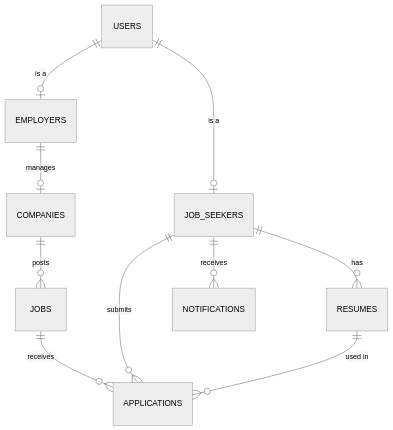
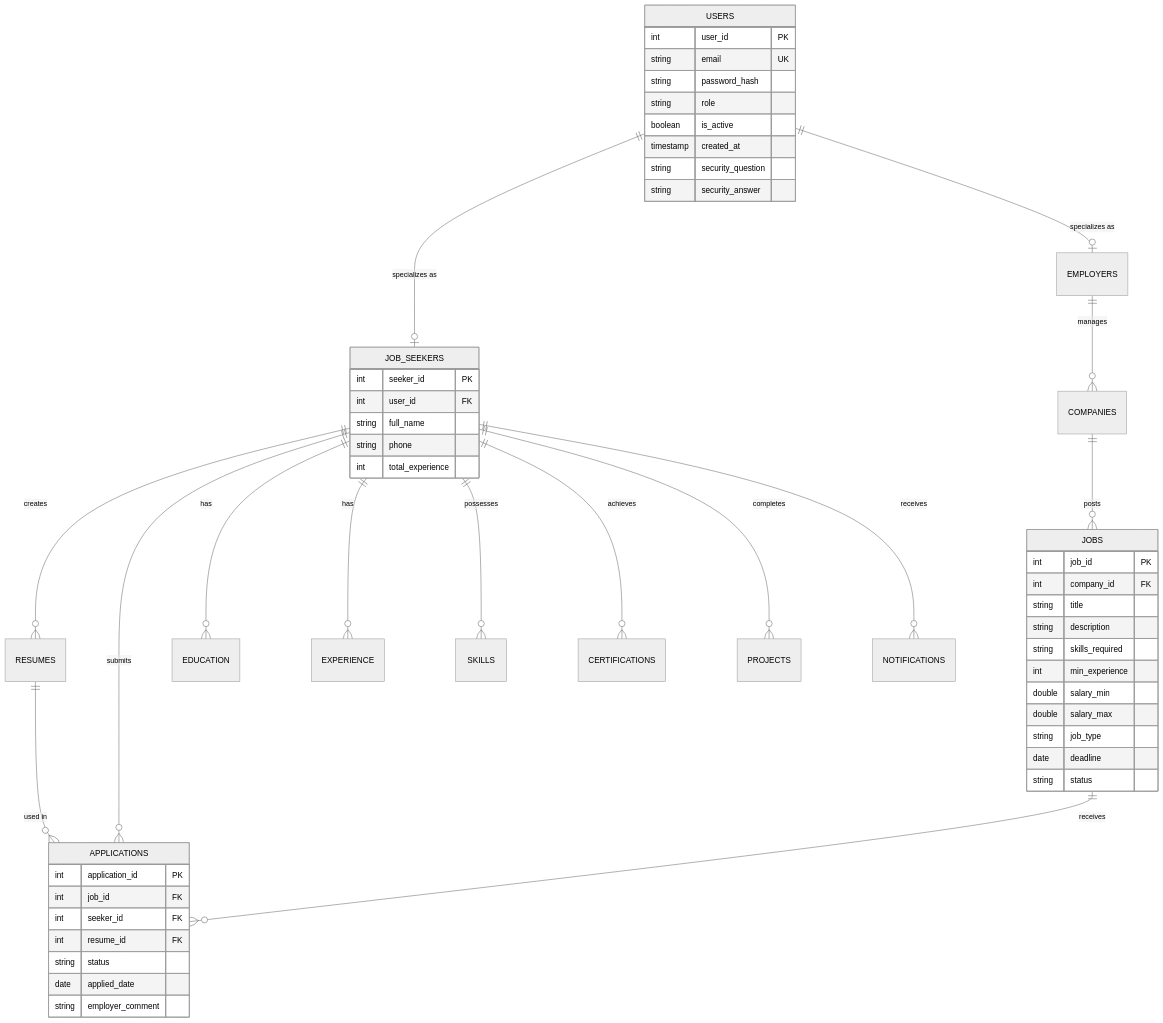
The first of 2 diagrams in README.md (Damarkeswar/RevHire), drawn with Mermaid (neutral theme) before and after one commit. The commit also changed other lines of this file and 34 other files, not shown here.

````diff
--- a/README.md
+++ b/README.md
@@ -30,12 +30,62 @@
 ```mermaid
 erDiagram
-    USERS ||--o| JOB_SEEKERS : "is a"
-    USERS ||--o| EMPLOYERS : "is a"
-    EMPLOYERS ||--o| COMPANIES : "manages"
+    USERS ||--o| JOB_SEEKERS : "specializes as"
+    USERS ||--o| EMPLOYERS : "specializes as"
+    EMPLOYERS ||--o{ COMPANIES : "manages"
     COMPANIES ||--o{ JOBS : "posts"
-    JOB_SEEKERS ||--o{ RESUMES : "has"
+    
+    JOB_SEEKERS ||--o{ RESUMES : "creates"
+    JOB_SEEKERS ||--o{ APPLICATIONS : "submits"
+    JOB_SEEKERS ||--o{ EDUCATION : "has"
+    JOB_SEEKERS ||--o{ EXPERIENCE : "has"
+    JOB_SEEKERS ||--o{ SKILLS : "possesses"
+    JOB_SEEKERS ||--o{ CERTIFICATIONS : "achieves"
+    JOB_SEEKERS ||--o{ PROJECTS : "completes"
+    JOB_SEEKERS ||--o{ NOTIFICATIONS : "receives"
+
     JOBS ||--o{ APPLICATIONS : "receives"
-    JOB_SEEKERS ||--o{ APPLICATIONS : "submits"
     RESUMES ||--o{ APPLICATIONS : "used in"
-    JOB_SEEKERS ||--o{ NOTIFICATIONS : "receives"
+
+    USERS {
+        int user_id PK
+        string email UK
+        string password_hash
+        string role
+        boolean is_active
+        timestamp created_at
+        string security_question
+        string security_answer
+    }
+
+    JOB_SEEKERS {
+        int seeker_id PK
+        int user_id FK
+        string full_name
+        string phone
+        int total_experience
+    }
+
+    JOBS {
+        int job_id PK
+        int company_id FK
+        string title
+        string description
+        string skills_required
+        int min_experience
+        double salary_min
+        double salary_max
+        string job_type
+        date deadline
+        string status
+    }
+
+    APPLICATIONS {
+        int application_id PK
+        int job_id FK
+        int seeker_id FK
+        int resume_id FK
+        string status
+        date applied_date
+        string employer_comment
+    }
 ```
````
